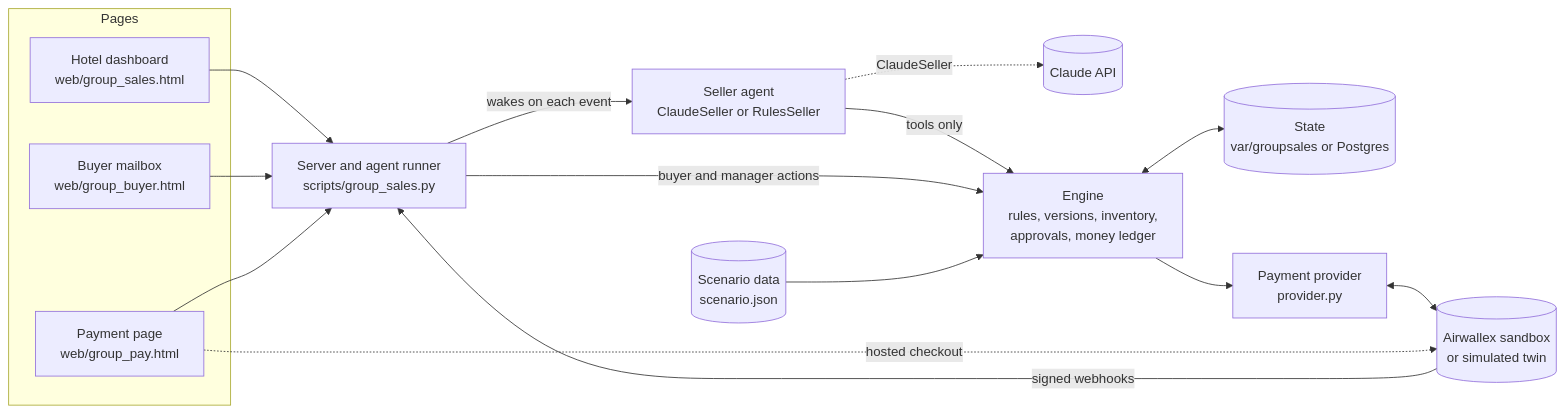
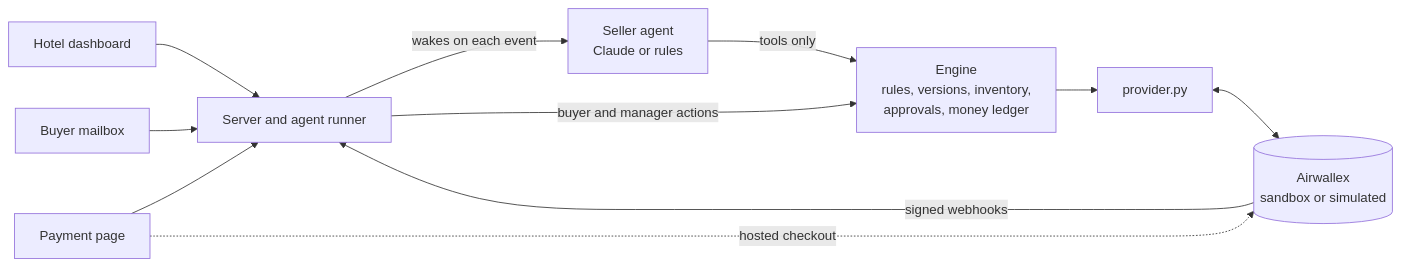
Before and after one commit to soltomm/airwallex-hackathon: the diagram in README.md, drawn with Mermaid. The commit also changed other lines of this file and 11 other files, not shown here.

````diff
--- a/README.md
+++ b/README.md
@@ -78,30 +154,13 @@
 ```mermaid
 flowchart LR
-  subgraph Pages
-    H["Hotel dashboard<br/>web/group_sales.html"]
-    B["Buyer mailbox<br/>web/group_buyer.html"]
-    P["Payment page<br/>web/group_pay.html"]
-  end
-  S["Server and agent runner<br/>scripts/group_sales.py"]
-  A["Seller agent<br/>ClaudeSeller or RulesSeller"]
-  C[("Claude API")]
-  E["Engine<br/>rules, versions, inventory,<br/>approvals, money ledger"]
-  D[("Scenario data<br/>scenario.json")]
-  ST[("State<br/>var/groupsales or Postgres")]
-  PR["Payment provider<br/>provider.py"]
-  AWX[("Airwallex sandbox<br/>or simulated twin")]
-
-  H --> S
-  B --> S
-  P --> S
-  S -- wakes on each event --> A
-  A -- tools only --> E
-  A -. ClaudeSeller .-> C
+  H["Hotel dashboard"] --> S["Server and agent runner"]
+  B["Buyer mailbox"] --> S
+  P["Payment page"] --> S
+  S -- wakes on each event --> A["Seller agent<br/>Claude or rules"]
+  A -- tools only --> E["Engine<br/>rules, versions, inventory,<br/>approvals, money ledger"]
   S -- buyer and manager actions --> E
-  D --> E
-  E <--> ST
-  E --> PR
-  PR <--> AWX
+  E --> PR["provider.py"]
+  PR <--> AWX[("Airwallex<br/>sandbox or simulated")]
   AWX -- signed webhooks --> S
   P -. hosted checkout .-> AWX
 ```
````
